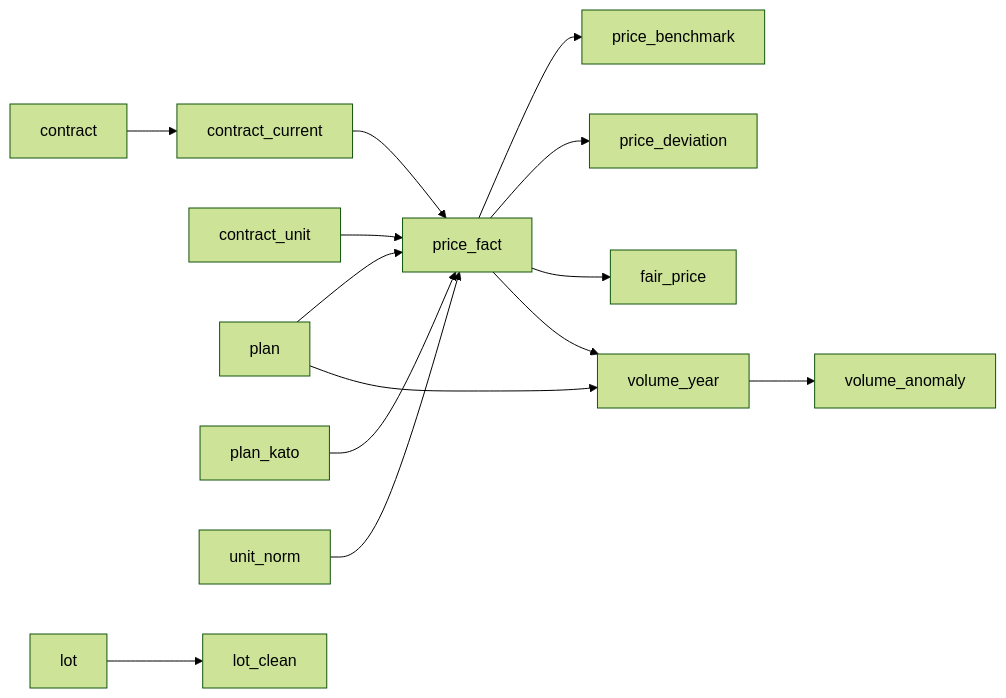
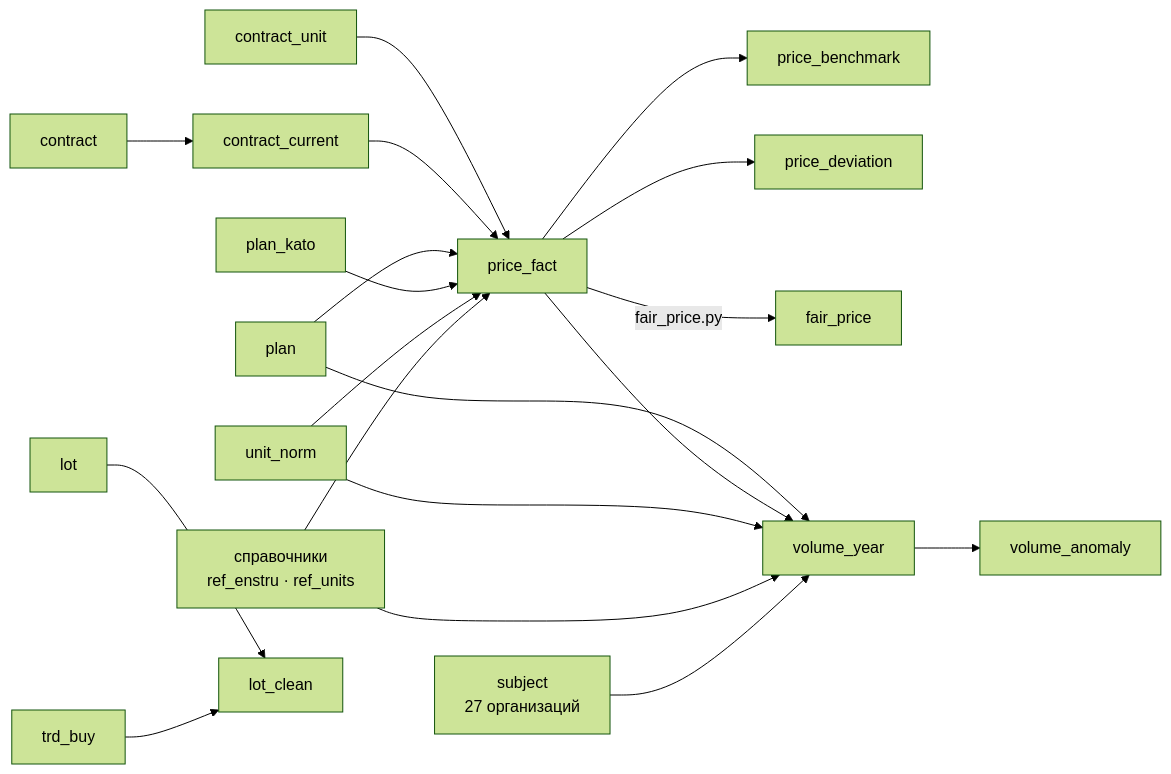
One commit to darigakassenova/zakup-agent changed the second of 2 diagrams in docs/02_storage.md. Above: the diagram before and after it, drawn with Mermaid (forest theme). The commit also changed other lines of this file, not shown here.

````diff
--- a/docs/02_storage.md
+++ b/docs/02_storage.md
@@ -147,16 +150,21 @@
 ```mermaid
 flowchart LR
     C[contract] --> CC[contract_current]
     CU[contract_unit] --> PF[price_fact]
     CC --> PF
     P[plan] --> PF
     PK[plan_kato] --> PF
     UN[unit_norm] --> PF
+    REF[справочники<br/>ref_enstru · ref_units] --> PF
     PF --> PB[price_benchmark]
     PF --> PD[price_deviation]
-    PF --> FPR[fair_price]
+    PF -- "fair_price.py" --> FPR[fair_price]
     P --> VY[volume_year]
     PF --> VY
+    UN --> VY
+    REF --> VY
+    S[subject<br/>27 организаций] --> VY
     VY --> VA[volume_anomaly]
     L[lot] --> LC[lot_clean]
+    T[trd_buy] --> LC
 ```
````
